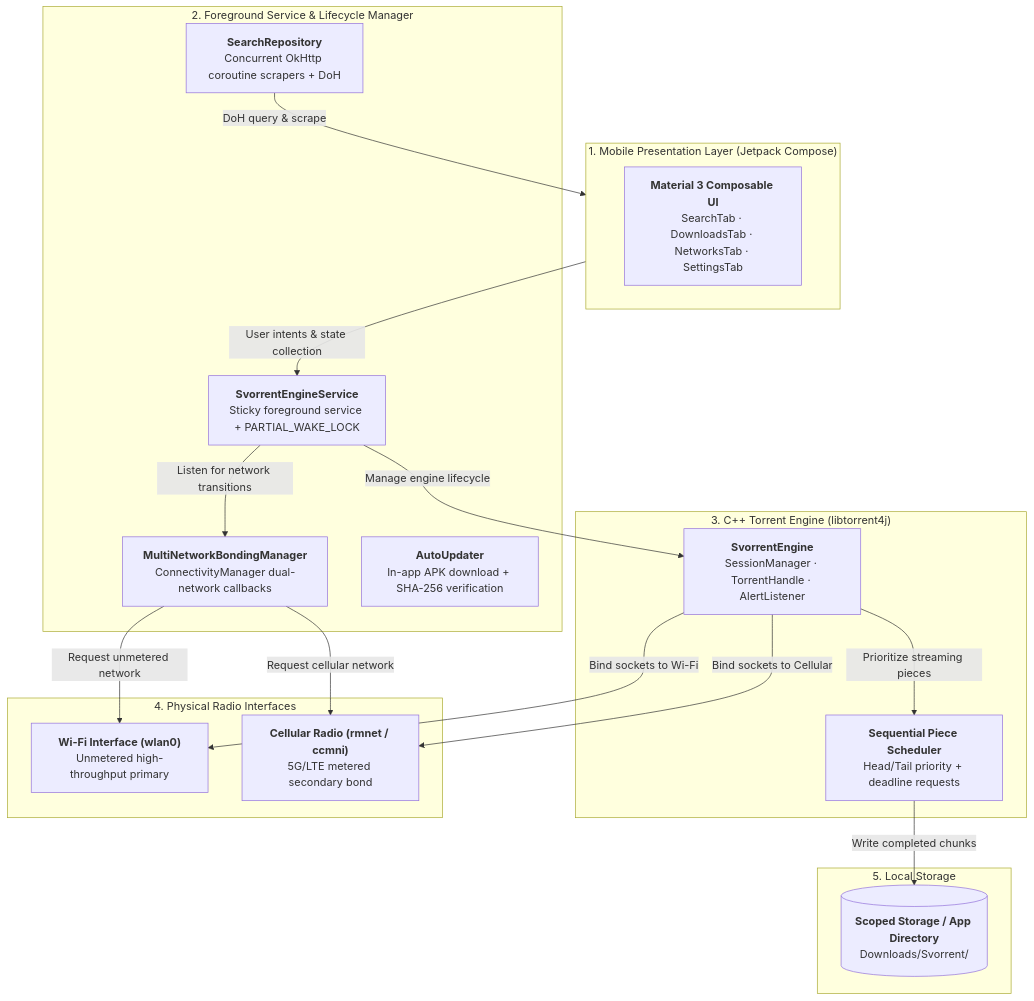
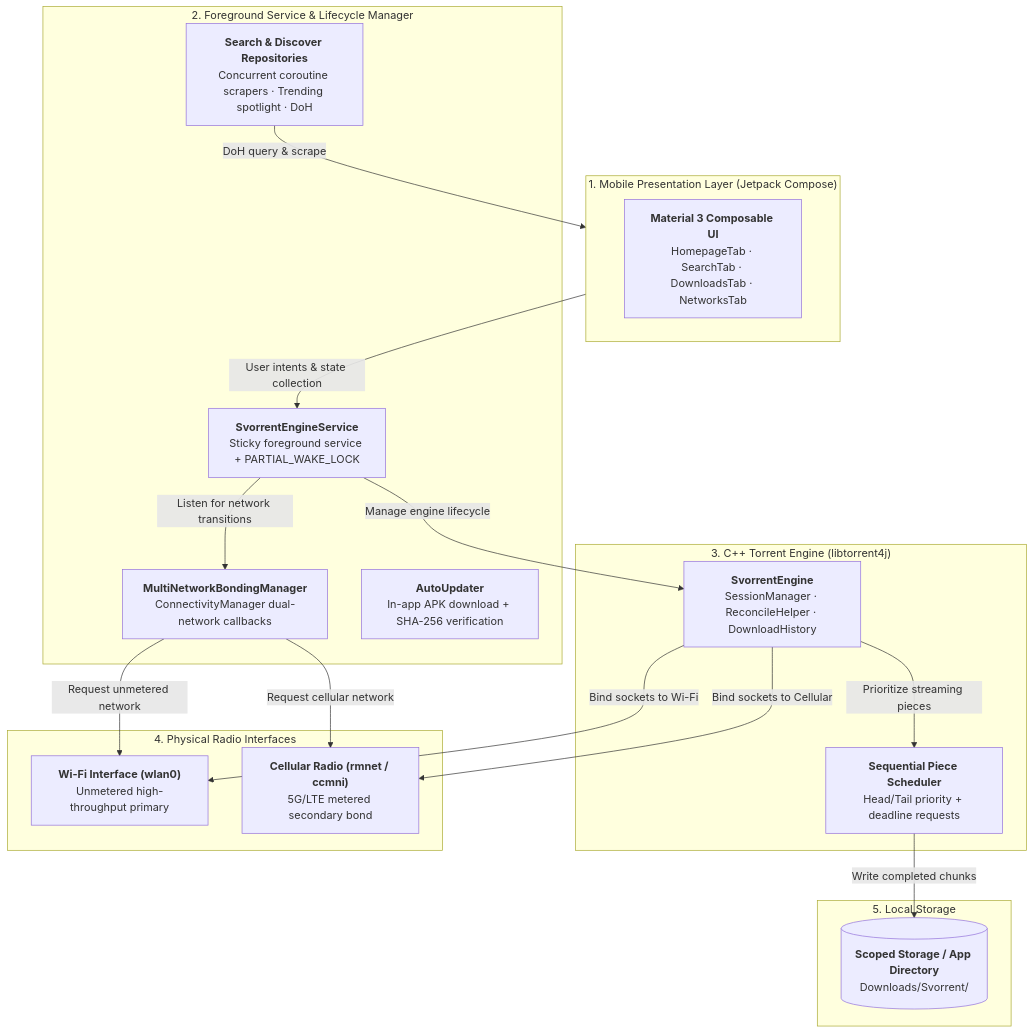
Before and after one commit to sovopr/svorrent: the second of 2 diagrams in README.md, drawn with Mermaid. The commit also changed other lines of this file and 29 other files, not shown here.

````diff
--- a/README.md
+++ b/README.md
@@ -294,38 +313,38 @@
 ```mermaid
 flowchart TD
     subgraph UI["1. Mobile Presentation Layer (Jetpack Compose)"]
-        Screens["<b>Material 3 Composable UI</b><br/>SearchTab · DownloadsTab · NetworksTab · SettingsTab"]
+        Screens["<b>Material 3 Composable UI</b><br/>HomepageTab · SearchTab · DownloadsTab · NetworksTab"]
     end
 
     subgraph ServiceLayer["2. Foreground Service & Lifecycle Manager"]
         Service["<b>SvorrentEngineService</b><br/>Sticky foreground service + PARTIAL_WAKE_LOCK"]
         BondMgr["<b>MultiNetworkBondingManager</b><br/>ConnectivityManager dual-network callbacks"]
-        SearchRepo["<b>SearchRepository</b><br/>Concurrent OkHttp coroutine scrapers + DoH"]
+        SearchRepo["<b>Search & Discover Repositories</b><br/>Concurrent coroutine scrapers · Trending spotlight · DoH"]
         AppUpdater["<b>AutoUpdater</b><br/>In-app APK download + SHA-256 verification"]
     end
 
     subgraph NativeCore["3. C++ Torrent Engine (libtorrent4j)"]
-        Engine["<b>SvorrentEngine</b><br/>SessionManager · TorrentHandle · AlertListener"]
+        Engine["<b>SvorrentEngine</b><br/>SessionManager · ReconcileHelper · DownloadHistory"]
         PiecePrio["<b>Sequential Piece Scheduler</b><br/>Head/Tail priority + deadline requests"]
     end
 
     subgraph Radios["4. Physical Radio Interfaces"]
         WiFi["<b>Wi-Fi Interface (wlan0)</b><br/>Unmetered high-throughput primary"]
         Cellular["<b>Cellular Radio (rmnet / ccmni)</b><br/>5G/LTE metered secondary bond"]
     end
 
     subgraph AndroidStorage["5. Local Storage"]
         MediaStore[("<b>Scoped Storage / App Directory</b><br/>Downloads/Svorrent/")]
     end
 
     UI -->|User intents & state collection| Service
     Service -->|Manage engine lifecycle| Engine
     Service -->|Listen for network transitions| BondMgr
     BondMgr -->|Request unmetered network| WiFi
     BondMgr -->|Request cellular network| Cellular
     SearchRepo -->|DoH query & scrape| UI
     Engine -->|Prioritize streaming pieces| PiecePrio
     PiecePrio -->|Write completed chunks| MediaStore
     Engine -->|Bind sockets to Wi-Fi| WiFi
     Engine -->|Bind sockets to Cellular| Cellular
 ```
````
